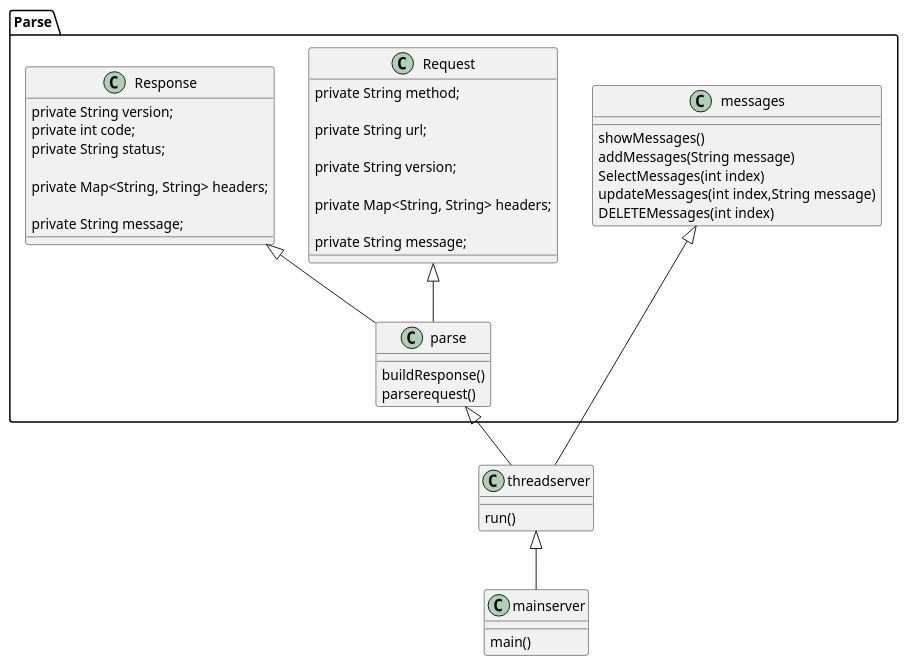
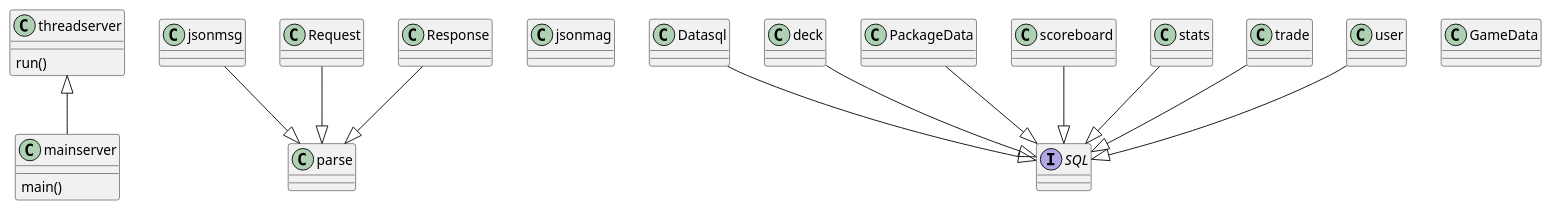
The diagram in target/classes/test.puml (THARK453/SWE1-MTCG), drawn with PlantUML before and after one commit. The commit also changed 6 other files, not shown here.

```diff
--- a/target/classes/test.puml
+++ b/target/classes/test.puml
@@ -1,52 +1,59 @@
 @startuml
 
 
 
 threadserver <|-- mainserver
-Parse.Request <|-- Parse.parse
-Parse.Response <|-- Parse.parse
-Parse.parse <|-- threadserver
-Parse.messages <|-- threadserver
+
+jsonmsg --|> parse
+Request --|> parse
+Response --|> parse
+
 
 class mainserver {
    main()
 }
 
 class threadserver {
  run()
 }
-class Parse.Request{
-    private String method;
 
-    private String url;
+class jsonmag{
+}
+class Request{
 
-    private String version;
+}
+class parse{
+}
+class Response{
 
-    private Map<String, String> headers;
-
-    private String message;
 }
 
-class Parse.parse{
- buildResponse()
- parserequest()
+
+Datasql --|> SQL
+deck --|> SQL
+PackageData --|> SQL
+scoreboard --|> SQL
+stats --|> SQL
+trade --|> SQL
+user --|> SQL
+
+interface SQL{
 }
-
-class Parse.Response{
-    private String version;
-    private int code;
-    private String status;
-
-    private Map<String, String> headers;
-
-    private String message;
+class GameData{
 }
-class Parse.messages{
-showMessages()
-addMessages(String message)
-SelectMessages(int index)
-updateMessages(int index,String message)
-DELETEMessages(int index)
+class Datasql{
+}
+class deck{
+}
+class PackageData{
+}
+class scoreboard{
+}
+class stats{
+}
+class trade{
+}
+class user{
 }
 
 @enduml
```
